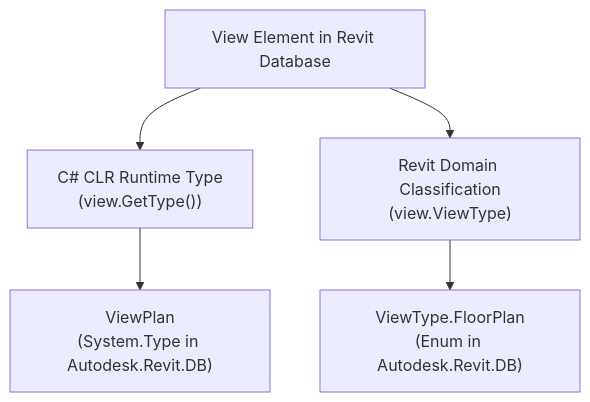
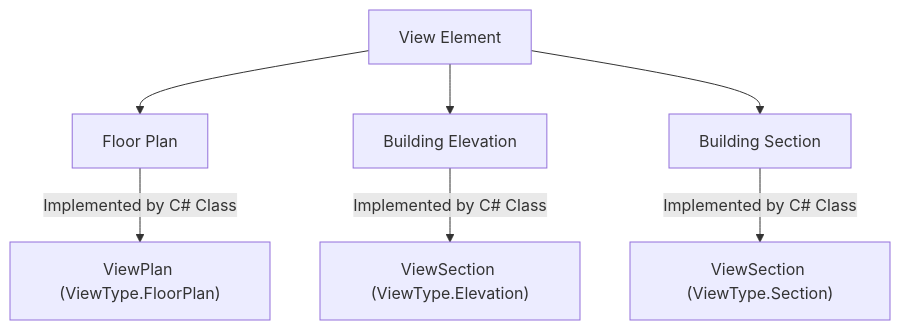
The fifth of 16 diagrams in RevitApiSamples/Samples/Views/Views.md (Mustafa-TOMMY/CommandSamplesRevitApiVer2025), drawn with Mermaid before and after one commit. The commit also changed other lines of this file, not shown here.

Commit message:
docs: expand Views module with complete C# class hierarchy, ViewType taxonomy, and real-world mapping matrix

````diff
--- a/RevitApiSamples/Samples/Views/Views.md
+++ b/RevitApiSamples/Samples/Views/Views.md
@@ -214,10 +253,12 @@
 ```mermaid
 flowchart TD
-    ViewNode["View Element in Revit Database"]
+    Root["View Element"]
     
-    ViewNode --> DotNet["C# CLR Runtime Type\n(view.GetType())"]
-    ViewNode --> RevitClassification["Revit Domain Classification\n(view.ViewType)"]
+    Root --> PlanGroup["Floor Plan"]
+    Root --> ElevGroup["Building Elevation"]
+    Root --> SecGroup["Building Section"]
     
-    DotNet --> ExampleClass["ViewPlan\n(System.Type in Autodesk.Revit.DB)"]
-    RevitClassification --> ExampleEnum["ViewType.FloorPlan\n(Enum in Autodesk.Revit.DB)"]
+    PlanGroup --> |"Implemented by C# Class"| C_Plan["ViewPlan (ViewType.FloorPlan)"]
+    ElevGroup --> |"Implemented by C# Class"| C_Elev["ViewSection (ViewType.Elevation)"]
+    SecGroup --> |"Implemented by C# Class"| C_Sec["ViewSection (ViewType.Section)"]
 ```
````
